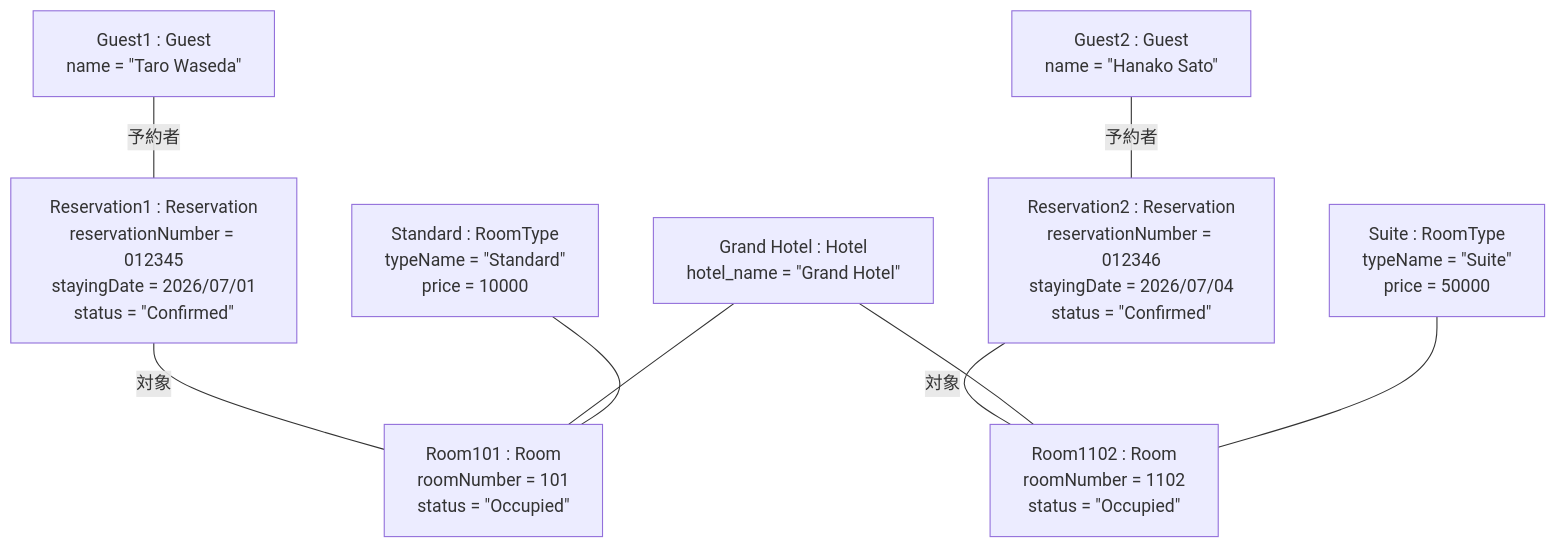
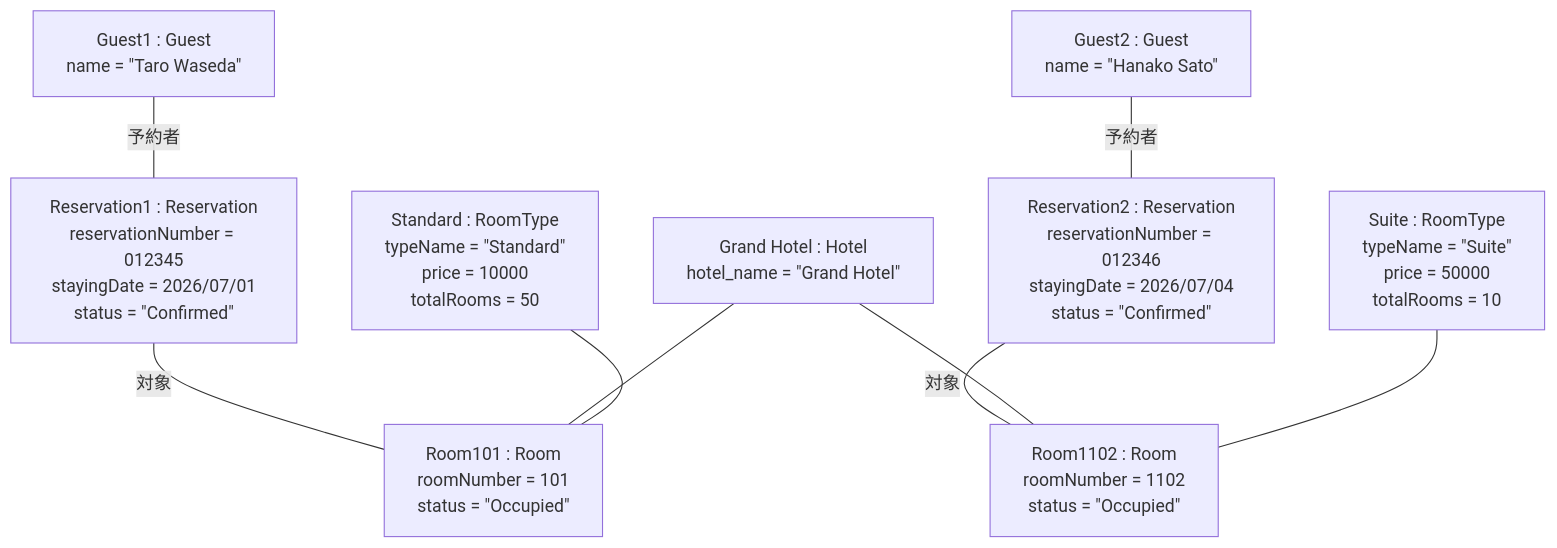
One commit to Kohki-tyl/HRS changed the second of 2 diagrams in Domain_Analysis.md. Above: the diagram before and after it, drawn with Mermaid.

Commit message:
Add totalRooms property to RoomType definitions

````diff
--- a/Domain_Analysis.md
+++ b/Domain_Analysis.md
@@ -90,27 +90,27 @@
 ```mermaid
 flowchart TB
     H["Grand Hotel : Hotel<br/>hotel_name = &quot;Grand Hotel&quot;"]
     
-    RT1["Standard : RoomType<br/>typeName = &quot;Standard&quot;<br/>price = 10000"]
-    RT2["Suite : RoomType<br/>typeName = &quot;Suite&quot;<br/>price = 50000"]
+    RT1["Standard : RoomType<br/>typeName = &quot;Standard&quot;<br/>price = 10000"<br/>totalRooms = 50]
+    RT2["Suite : RoomType<br/>typeName = &quot;Suite&quot;<br/>price = 50000"<br/>totalRooms = 10]
 
     G1["Guest1 : Guest<br/>name = &quot;Taro Waseda&quot;"]
     G2["Guest2 : Guest<br/>name = &quot;Hanako Sato&quot;"]
     
     RV1["Reservation1 : Reservation<br/>reservationNumber = 012345<br/>stayingDate = 2026/07/01<br/>status = &quot;Confirmed&quot;" ]
     RV2["Reservation2 : Reservation<br/>reservationNumber = 012346<br/>stayingDate = 2026/07/04<br/>status = &quot;Confirmed&quot;"]
     
     R1["Room101 : Room<br/>roomNumber = 101<br/>status = &quot;Occupied&quot;"]
     R2["Room1102 : Room<br/>roomNumber = 1102<br/>status = &quot;Occupied&quot;"]
 
     G1 ---|予約者| RV1
     G2 ---|予約者| RV2
     RV1 ---|対象| R1
     RV2 ---|対象| R2
     
     H --- R1
     H --- R2
     
     RT1 --- R1
     RT2 --- R2
 ```
````
